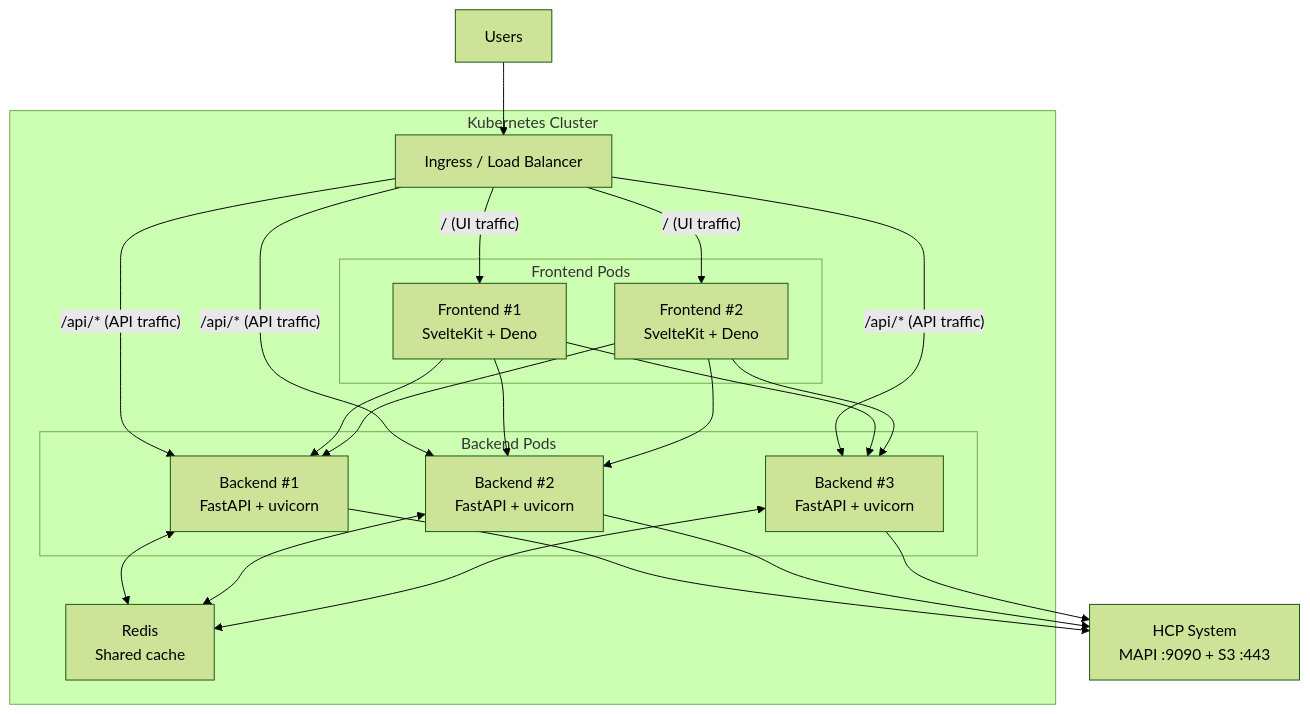
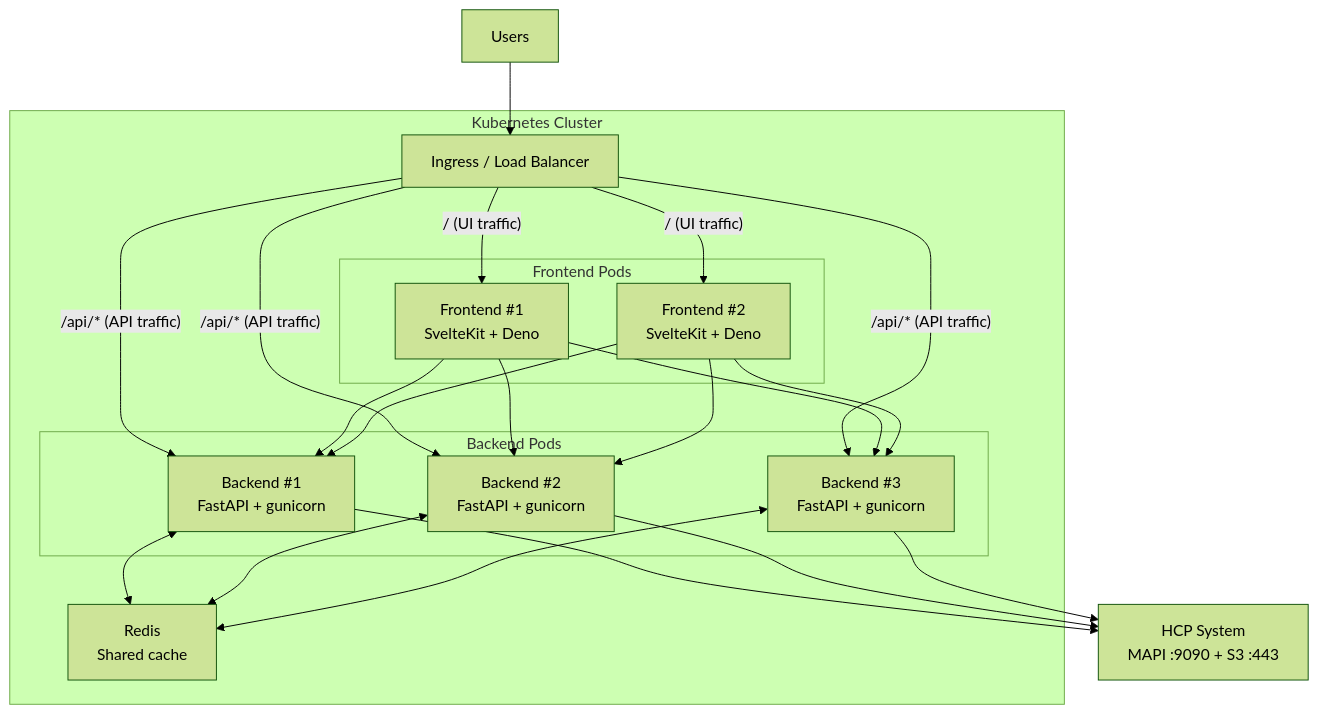
One commit to AI-Riksarkivet/ra-hcp changed the second of 3 diagrams in docs/architecture/deployment.md. Above: the diagram before and after it, drawn with Mermaid (forest theme). The commit also changed other lines of this file and 1 other file, not shown here.

First line of the commit message:
docs: add performance tuning deep-dive and gunicorn scaling guide

````diff
--- a/docs/architecture/deployment.md
+++ b/docs/architecture/deployment.md
@@ -96,34 +98,34 @@
 ```mermaid
 graph TB
     USERS["Users"]
 
     subgraph "Kubernetes Cluster"
         ING["Ingress / Load Balancer"]
 
         subgraph "Frontend Pods"
             FE1["Frontend #1<br/>SvelteKit + Deno"]
             FE2["Frontend #2<br/>SvelteKit + Deno"]
         end
 
         subgraph "Backend Pods"
-            BE1["Backend #1<br/>FastAPI + uvicorn"]
-            BE2["Backend #2<br/>FastAPI + uvicorn"]
-            BE3["Backend #3<br/>FastAPI + uvicorn"]
+            BE1["Backend #1<br/>FastAPI + gunicorn"]
+            BE2["Backend #2<br/>FastAPI + gunicorn"]
+            BE3["Backend #3<br/>FastAPI + gunicorn"]
         end
 
         REDIS["Redis<br/>Shared cache"]
     end
 
     HCP["HCP System<br/>MAPI :9090 + S3 :443"]
 
     USERS --> ING
     ING -->|"/ (UI traffic)"| FE1
     ING -->|"/ (UI traffic)"| FE2
     ING -->|"/api/* (API traffic)"| BE1
     ING -->|"/api/* (API traffic)"| BE2
     ING -->|"/api/* (API traffic)"| BE3
 
     FE1 & FE2 --> BE1 & BE2 & BE3
     BE1 & BE2 & BE3 <--> REDIS
     BE1 & BE2 & BE3 --> HCP
 ```
````
